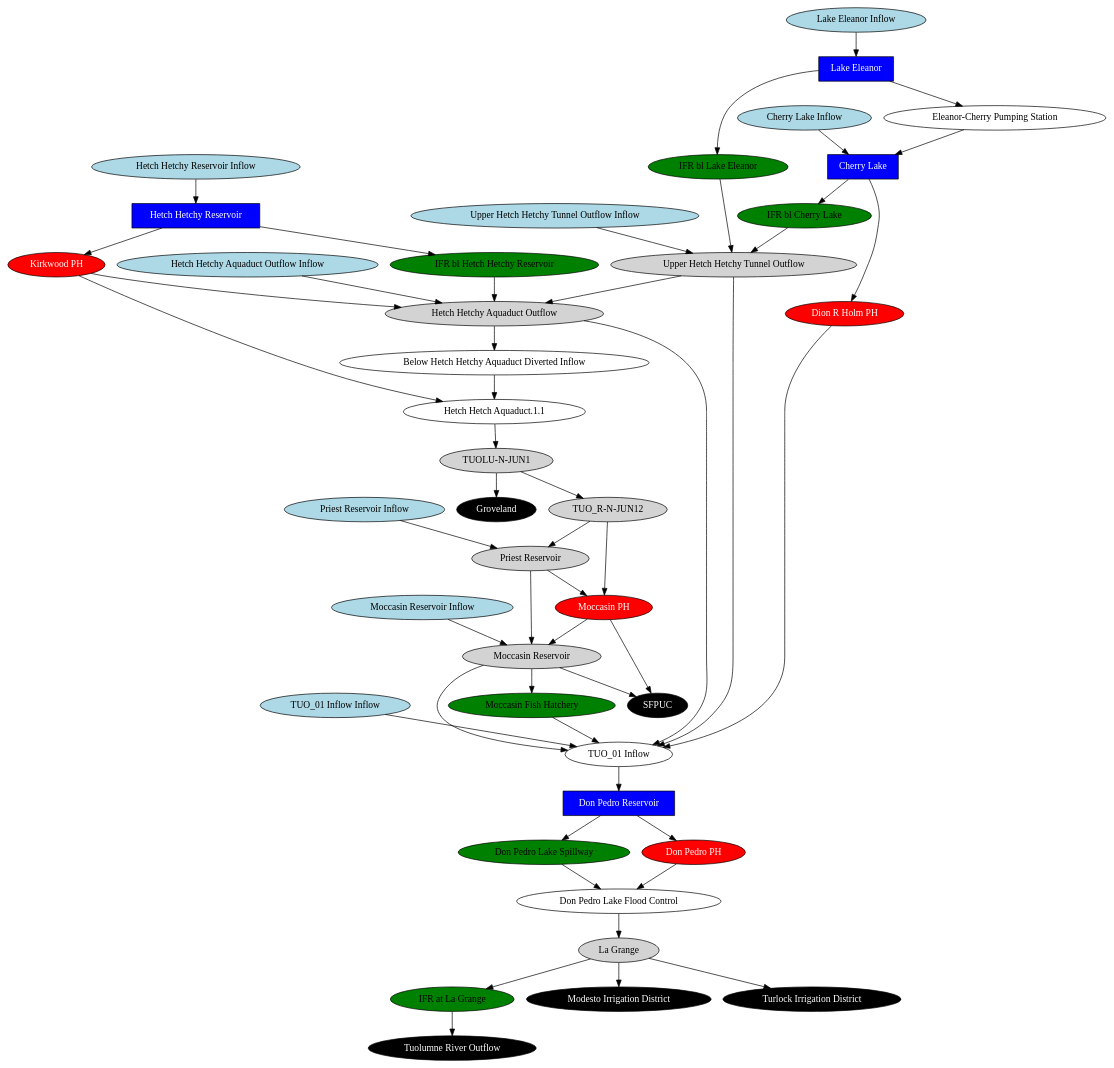
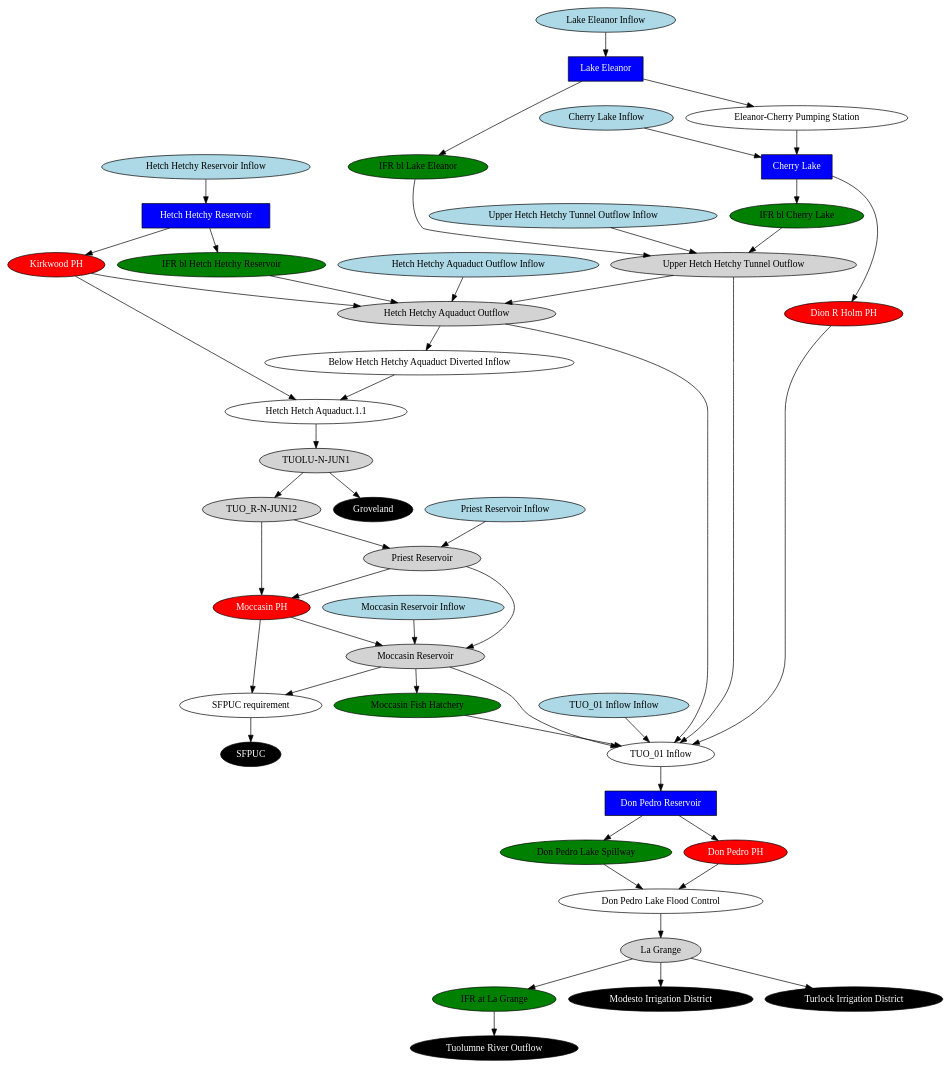
One commit to vicelab/cen-sierra-pywr changed the diagram in schematics/tuolumne_schematic_simplified.gv. Above: the diagram before and after it, drawn with Graphviz. The commit also changed 5 other files, not shown here.

```diff
--- a/schematics/tuolumne_schematic_simplified.gv
+++ b/schematics/tuolumne_schematic_simplified.gv
@@ -1,91 +1,93 @@
 // tuolumne
 digraph tuolumne {
 	"TUO_01 Inflow Inflow" [fillcolor=lightblue fontcolor=black shape=oval style=filled]
 	"Upper Hetch Hetchy Tunnel Outflow Inflow" [fillcolor=lightblue fontcolor=black shape=oval style=filled]
 	"Cherry Lake Inflow" [fillcolor=lightblue fontcolor=black shape=oval style=filled]
 	"Lake Eleanor Inflow" [fillcolor=lightblue fontcolor=black shape=oval style=filled]
 	"Hetch Hetchy Reservoir Inflow" [fillcolor=lightblue fontcolor=black shape=oval style=filled]
 	"Moccasin Reservoir Inflow" [fillcolor=lightblue fontcolor=black shape=oval style=filled]
 	"Priest Reservoir Inflow" [fillcolor=lightblue fontcolor=black shape=oval style=filled]
 	"Hetch Hetchy Aquaduct Outflow Inflow" [fillcolor=lightblue fontcolor=black shape=oval style=filled]
 	"Below Hetch Hetchy Aquaduct Diverted Inflow" [fillcolor=white fontcolor=black shape=oval style=filled]
 	"Don Pedro Lake Flood Control" [fillcolor=white fontcolor=black shape=oval style=filled]
 	"Hetch Hetch Aquaduct.1.1" [fillcolor=white fontcolor=black shape=oval style=filled]
 	"Cherry Lake" [fillcolor=blue fontcolor=white shape=rect style=filled]
 	"Dion R Holm PH" [fillcolor=red fontcolor=white shape=oval style=filled]
 	"Don Pedro Lake Spillway" [fillcolor=green fontcolor=black shape=oval style=filled]
 	"Don Pedro PH" [fillcolor=red fontcolor=white shape=oval style=filled]
 	"Don Pedro Reservoir" [fillcolor=blue fontcolor=white shape=rect style=filled]
 	"Eleanor-Cherry Pumping Station" [fillcolor=white fontcolor=black shape=oval style=filled]
 	Groveland [fillcolor=black fontcolor=white shape=oval style=filled]
 	"Hetch Hetchy Aquaduct Outflow" [fillcolor=lightgrey fontcolor=black shape=oval style=filled]
 	"Hetch Hetchy Reservoir" [fillcolor=blue fontcolor=white shape=rect style=filled]
 	"IFR bl Cherry Lake" [fillcolor=green fontcolor=black shape=oval style=filled]
 	"IFR at La Grange" [fillcolor=green fontcolor=black shape=oval style=filled]
 	"IFR bl Hetch Hetchy Reservoir" [fillcolor=green fontcolor=black shape=oval style=filled]
 	"IFR bl Lake Eleanor" [fillcolor=green fontcolor=black shape=oval style=filled]
 	"Moccasin Fish Hatchery" [fillcolor=green fontcolor=black shape=oval style=filled]
 	"Kirkwood PH" [fillcolor=red fontcolor=white shape=oval style=filled]
 	"La Grange" [fillcolor=lightgrey fontcolor=black shape=oval style=filled]
 	"Lake Eleanor" [fillcolor=blue fontcolor=white shape=rect style=filled]
 	"Moccasin PH" [fillcolor=red fontcolor=white shape=oval style=filled]
 	"Moccasin Reservoir" [fillcolor=lightgrey fontcolor=black shape=oval style=filled]
 	"Modesto Irrigation District" [fillcolor=black fontcolor=white shape=oval style=filled]
 	"Priest Reservoir" [fillcolor=lightgrey fontcolor=black shape=oval style=filled]
 	SFPUC [fillcolor=black fontcolor=white shape=oval style=filled]
+	"SFPUC requirement" [fillcolor=white fontcolor=black shape=oval style=filled]
 	"TUOLU-N-JUN1" [fillcolor=lightgrey fontcolor=black shape=oval style=filled]
 	"Tuolumne River Outflow" [fillcolor=black fontcolor=white shape=oval style=filled]
 	"TUO_01 Inflow" [fillcolor=white fontcolor=black shape=oval style=filled]
 	"TUO_R-N-JUN12" [fillcolor=lightgrey fontcolor=black shape=oval style=filled]
 	"Turlock Irrigation District" [fillcolor=black fontcolor=white shape=oval style=filled]
 	"Upper Hetch Hetchy Tunnel Outflow" [fillcolor=lightgrey fontcolor=black shape=oval style=filled]
 	"Hetch Hetchy Aquaduct Outflow" -> "Below Hetch Hetchy Aquaduct Diverted Inflow"
 	"Hetch Hetch Aquaduct.1.1" -> "TUOLU-N-JUN1"
+	"SFPUC requirement" -> SFPUC
 	"Cherry Lake" -> "IFR bl Cherry Lake"
 	"Cherry Lake" -> "Dion R Holm PH"
 	"Hetch Hetchy Reservoir" -> "IFR bl Hetch Hetchy Reservoir"
 	"Lake Eleanor" -> "IFR bl Lake Eleanor"
 	"Lake Eleanor" -> "Eleanor-Cherry Pumping Station"
 	"Eleanor-Cherry Pumping Station" -> "Cherry Lake"
 	"TUO_01 Inflow Inflow" -> "TUO_01 Inflow"
 	"Hetch Hetchy Reservoir" -> "Kirkwood PH"
 	"TUOLU-N-JUN1" -> Groveland
 	"TUOLU-N-JUN1" -> "TUO_R-N-JUN12"
 	"TUO_R-N-JUN12" -> "Priest Reservoir"
 	"Kirkwood PH" -> "Hetch Hetchy Aquaduct Outflow"
 	"Moccasin Reservoir" -> "Moccasin Fish Hatchery"
 	"La Grange" -> "IFR at La Grange"
 	"Don Pedro Reservoir" -> "Don Pedro Lake Spillway"
 	"Don Pedro Reservoir" -> "Don Pedro PH"
 	"Don Pedro Lake Flood Control" -> "La Grange"
 	"TUO_01 Inflow" -> "Don Pedro Reservoir"
 	"Moccasin PH" -> "Moccasin Reservoir"
 	"Don Pedro Lake Spillway" -> "Don Pedro Lake Flood Control"
 	"Don Pedro PH" -> "Don Pedro Lake Flood Control"
 	"Upper Hetch Hetchy Tunnel Outflow Inflow" -> "Upper Hetch Hetchy Tunnel Outflow"
 	"Cherry Lake Inflow" -> "Cherry Lake"
 	"Lake Eleanor Inflow" -> "Lake Eleanor"
 	"Hetch Hetchy Reservoir Inflow" -> "Hetch Hetchy Reservoir"
 	"Moccasin Reservoir Inflow" -> "Moccasin Reservoir"
 	"Priest Reservoir" -> "Moccasin Reservoir"
 	"Priest Reservoir Inflow" -> "Priest Reservoir"
-	"Moccasin Reservoir" -> SFPUC
-	"Moccasin PH" -> SFPUC
+	"Moccasin Reservoir" -> "SFPUC requirement"
+	"Moccasin PH" -> "SFPUC requirement"
 	"TUO_R-N-JUN12" -> "Moccasin PH"
 	"Priest Reservoir" -> "Moccasin PH"
 	"Below Hetch Hetchy Aquaduct Diverted Inflow" -> "Hetch Hetch Aquaduct.1.1"
 	"Kirkwood PH" -> "Hetch Hetch Aquaduct.1.1"
 	"Hetch Hetchy Aquaduct Outflow Inflow" -> "Hetch Hetchy Aquaduct Outflow"
 	"IFR bl Hetch Hetchy Reservoir" -> "Hetch Hetchy Aquaduct Outflow"
 	"IFR bl Cherry Lake" -> "Upper Hetch Hetchy Tunnel Outflow"
 	"IFR bl Lake Eleanor" -> "Upper Hetch Hetchy Tunnel Outflow"
 	"Upper Hetch Hetchy Tunnel Outflow" -> "Hetch Hetchy Aquaduct Outflow"
 	"La Grange" -> "Modesto Irrigation District"
 	"La Grange" -> "Turlock Irrigation District"
 	"IFR at La Grange" -> "Tuolumne River Outflow"
 	"Moccasin Reservoir" -> "TUO_01 Inflow"
 	"Moccasin Fish Hatchery" -> "TUO_01 Inflow"
 	"Hetch Hetchy Aquaduct Outflow" -> "TUO_01 Inflow"
 	"Dion R Holm PH" -> "TUO_01 Inflow"
 	"Upper Hetch Hetchy Tunnel Outflow" -> "TUO_01 Inflow"
 }
```
